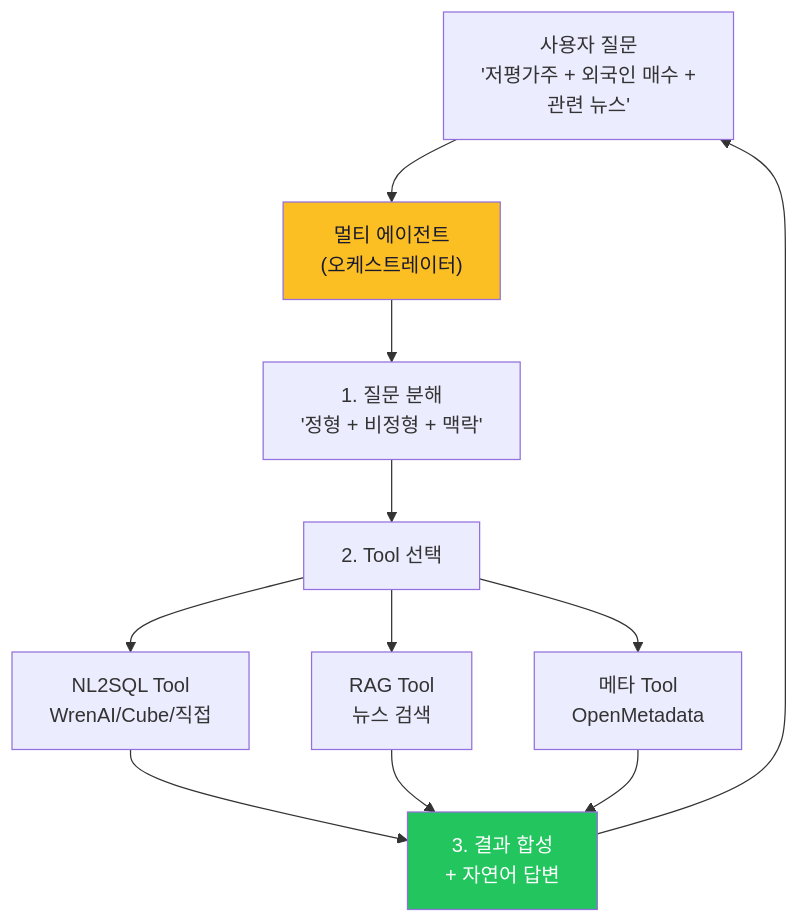
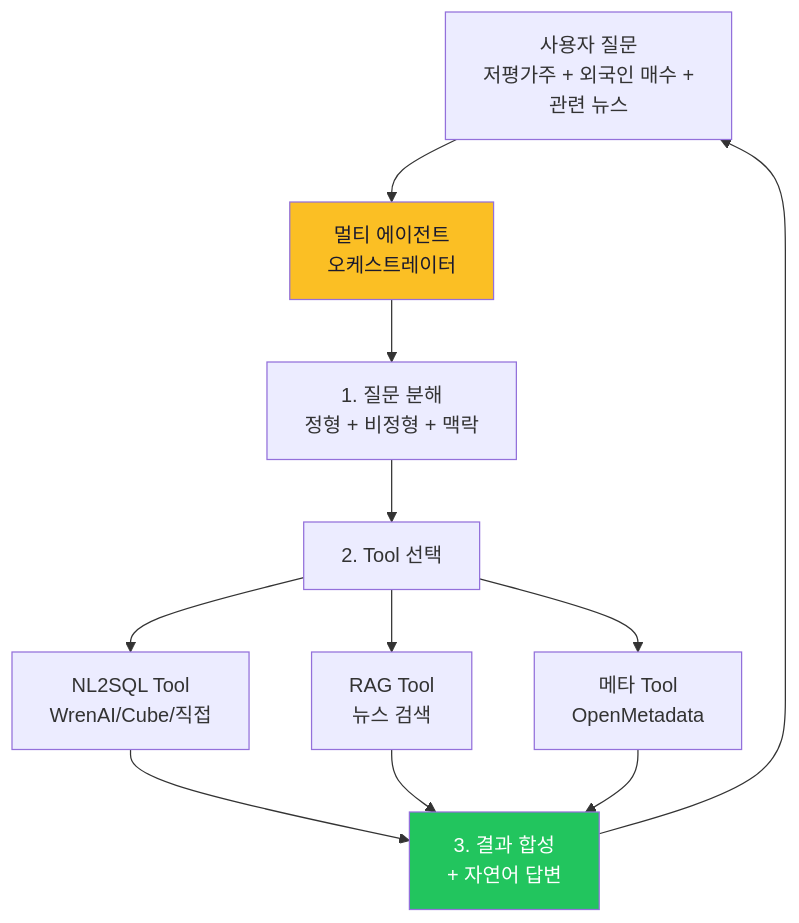
The eighth of 12 diagrams in docs/seminar_semantic_layer.md (izzyLim/BIP-Pipeline), drawn with Mermaid before and after one commit. The commit also changed other lines of this file and 1 other file, not shown here.

First line of the commit message:
fix: 세미나 mermaid 다이어그램 syntax 에러 수정

````diff
--- a/docs/seminar_semantic_layer.md
+++ b/docs/seminar_semantic_layer.md
@@ -771,19 +771,21 @@
 ```mermaid
 flowchart TD
-    Q["사용자 질문<br/>'저평가주 + 외국인 매수 +<br/>관련 뉴스'"]
+    Q["사용자 질문<br/>저평가주 + 외국인 매수 +<br/>관련 뉴스"]
 
-    Q --> Agent["멀티 에이전트<br/>(오케스트레이터)"]
+    Q --> Agent["멀티 에이전트<br/>오케스트레이터"]
 
-    Agent --> P1["1. 질문 분해<br/>'정형 + 비정형 + 맥락'"]
+    Agent --> P1["1. 질문 분해<br/>정형 + 비정형 + 맥락"]
     P1 --> R["2. Tool 선택"]
 
     R --> T1["NL2SQL Tool<br/>WrenAI/Cube/직접"]
     R --> T2["RAG Tool<br/>뉴스 검색"]
     R --> T3["메타 Tool<br/>OpenMetadata"]
 
-    T1 & T2 & T3 --> S["3. 결과 합성<br/>+ 자연어 답변"]
+    T1 --> S["3. 결과 합성<br/>+ 자연어 답변"]
+    T2 --> S
+    T3 --> S
     S --> Q
 
     style Agent fill:#fbbf24,color:#1a1a2e
     style S fill:#22c55e,color:#fff
 ```
````
